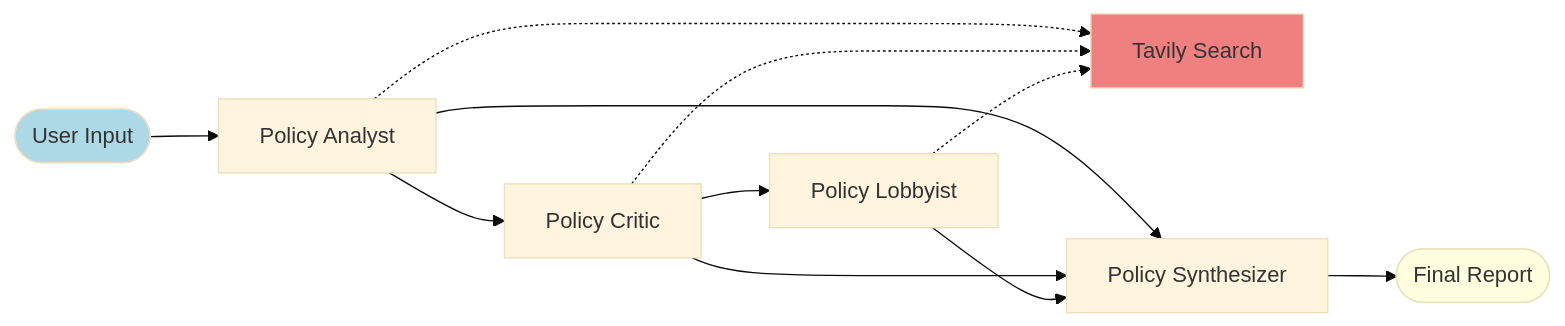
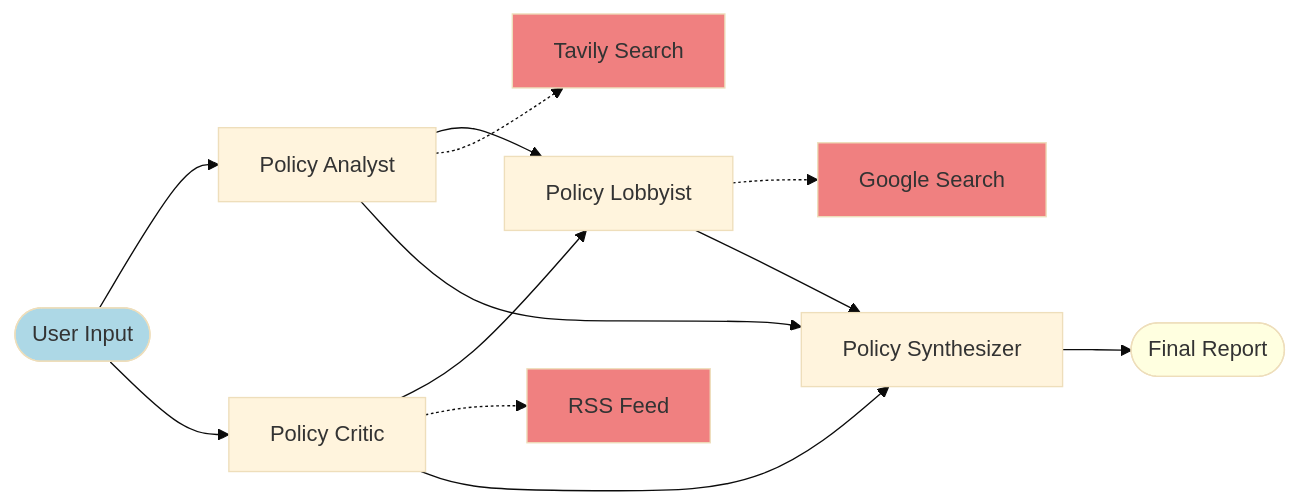
One commit to Hardhikman/popu-agent changed the first of 2 diagrams in README.md. Above: the diagram before and after it, drawn with Mermaid (base theme). The commit also changed other lines of this file and 4 other files, not shown here.

````diff
--- a/README.md
+++ b/README.md
@@ -6,20 +6,24 @@
 ```mermaid
 graph LR
     User([User Input]) --> Analyst[Policy Analyst]
-    Analyst --> Critic[Policy Critic]
-    Critic --> Lobbyist[Policy Lobbyist]
+    User --> Critic[Policy Critic]
+    
+    Analyst --> Lobbyist[Policy Lobbyist]
+    Critic --> Lobbyist
     
     Analyst -.-> Tavily[Tavily Search]
-    Critic -.-> Tavily
-    Lobbyist -.-> Tavily
+    Critic -.-> RSS[RSS Feed]
+    Lobbyist -.-> Google[Google Search]
     
     Analyst --> Synth[Policy Synthesizer]
     Critic --> Synth
     Lobbyist --> Synth
     
     Synth --> Report([Final Report])
     
     style User fill:#add8e6
     style Report fill:#ffffe0
     style Tavily fill:#f08080
+    style RSS fill:#f08080
+    style Google fill:#f08080
 ```
````
